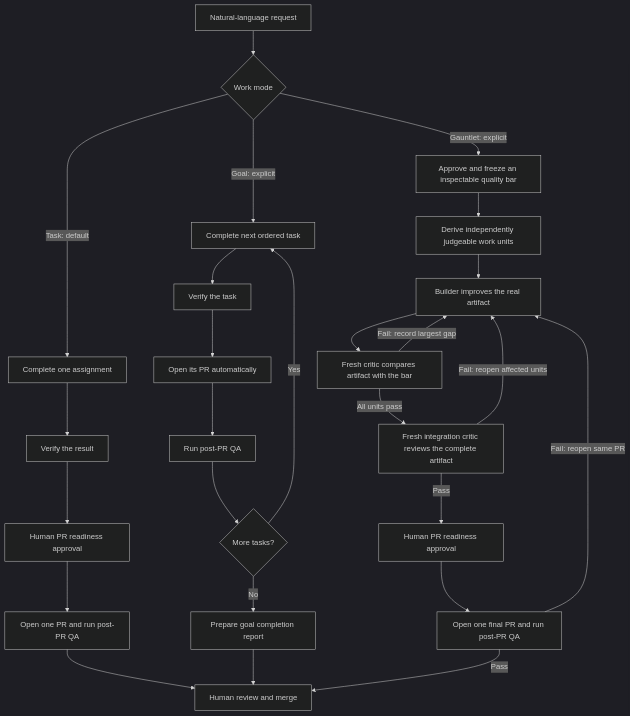
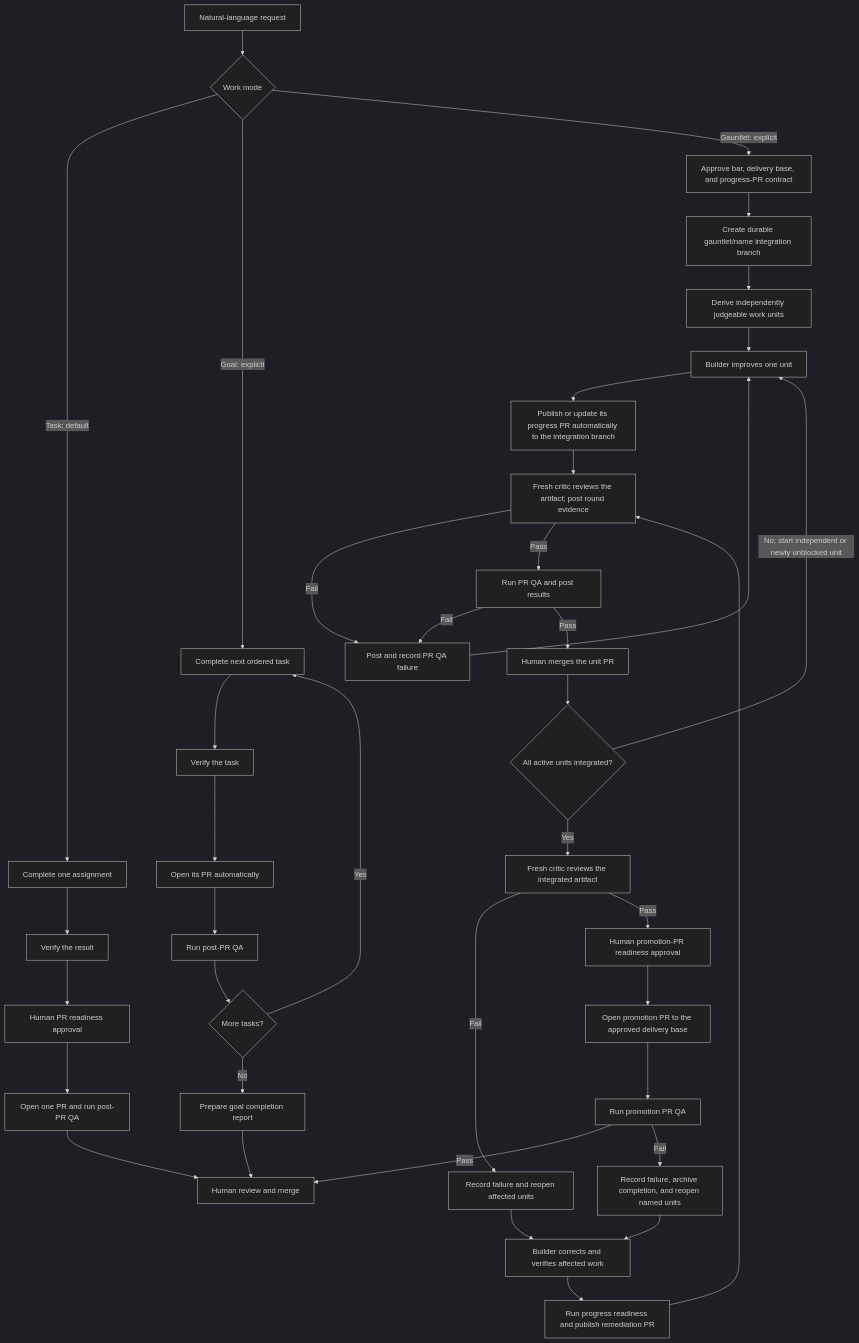
One commit to TimothyMeadows/OpenCaw changed the diagram in README.md. Above: the diagram before and after it, drawn with Mermaid (dark theme). The commit also changed other lines of this file and 38 other files, not shown here.

Commit message:
feat(gauntlet): add progressive PR delivery

````diff
--- a/README.md
+++ b/README.md
@@ -20,34 +20,47 @@
 ```mermaid
 flowchart TB
     accTitle: OpenCaw task, goal, and Gauntlet workflows
-    accDescr: A request enters task mode by default, explicit goal mode for an ordered series of task pull requests, or explicit Gauntlet mode for repeated builder and independent critic rounds followed by one pull request.
+    accDescr: A request enters task mode by default, explicit goal mode for an ordered series of task pull requests, or explicit Gauntlet mode where reviewed work-unit pull requests merge into a durable integration branch before a final promotion pull request.
 
     Request["Natural-language request"] --> Mode{"Work mode"}
 
     Mode -->|"Task: default"| Task["Complete one assignment"]
     Task --> TaskVerify["Verify the result"]
     TaskVerify --> TaskGate["Human PR readiness approval"]
     TaskGate --> TaskQA["Open one PR and run post-PR QA"]
     TaskQA --> HumanMerge["Human review and merge"]
 
     Mode -->|"Goal: explicit"| GoalTask["Complete next ordered task"]
     GoalTask --> GoalVerify["Verify the task"]
     GoalVerify --> GoalPR["Open its PR automatically"]
     GoalPR --> GoalQA["Run post-PR QA"]
     GoalQA --> GoalMore{"More tasks?"}
     GoalMore -->|"Yes"| GoalTask
     GoalMore -->|"No"| GoalReport["Prepare goal completion report"]
     GoalReport --> HumanMerge
 
-    Mode -->|"Gauntlet: explicit"| Bar["Approve and freeze an inspectable quality bar"]
-    Bar --> Units["Derive independently judgeable work units"]
-    Units --> Build["Builder improves the real artifact"]
-    Build --> Critic["Fresh critic compares artifact with the bar"]
-    Critic -->|"Fail: record largest gap"| Build
-    Critic -->|"All units pass"| Integration["Fresh integration critic reviews the complete artifact"]
-    Integration -->|"Fail: reopen affected units"| Build
-    Integration -->|"Pass"| GauntletGate["Human PR readiness approval"]
-    GauntletGate --> GauntletQA["Open one final PR and run post-PR QA"]
-    GauntletQA -->|"Pass"| HumanMerge
-    GauntletQA -->|"Fail: reopen same PR"| Build
+    Mode -->|"Gauntlet: explicit"| Bar["Approve bar, delivery base, and progress-PR contract"]
+    Bar --> GBranch["Create durable gauntlet/name integration branch"]
+    GBranch --> Units["Derive independently judgeable work units"]
+    Units --> Build["Builder improves one unit"]
+    Build --> UnitPR["Publish or update its progress PR automatically to the integration branch"]
+    UnitPR --> Critic["Fresh critic reviews the artifact; post round evidence"]
+    Critic -->|"Fail"| RecordUnitFail["Post and record PR QA failure"]
+    RecordUnitFail --> Build
+    Critic -->|"Pass"| UnitQA["Run PR QA and post results"]
+    UnitQA -->|"Fail"| RecordUnitFail
+    UnitQA -->|"Pass"| UnitMerge["Human merges the unit PR"]
+    UnitMerge --> MoreUnits{"All active units integrated?"}
+    MoreUnits -->|"No; start independent or newly unblocked unit"| Build
+    MoreUnits -->|"Yes"| Integration["Fresh critic reviews the integrated artifact"]
+    Integration -->|"Fail"| Reopen["Record failure and reopen affected units"]
+    Reopen --> Remediation["Builder corrects and verifies affected work"]
+    Remediation --> RemediationPR["Run progress readiness and publish remediation PR"]
+    RemediationPR --> Critic
+    Integration -->|"Pass"| GauntletGate["Human promotion-PR readiness approval"]
+    GauntletGate --> Promotion["Open promotion PR to the approved delivery base"]
+    Promotion --> PromotionQA["Run promotion PR QA"]
+    PromotionQA -->|"Pass"| HumanMerge
+    PromotionQA -->|"Fail"| PromotionFail["Record failure, archive completion, and reopen named units"]
+    PromotionFail --> Remediation
 ```
````
